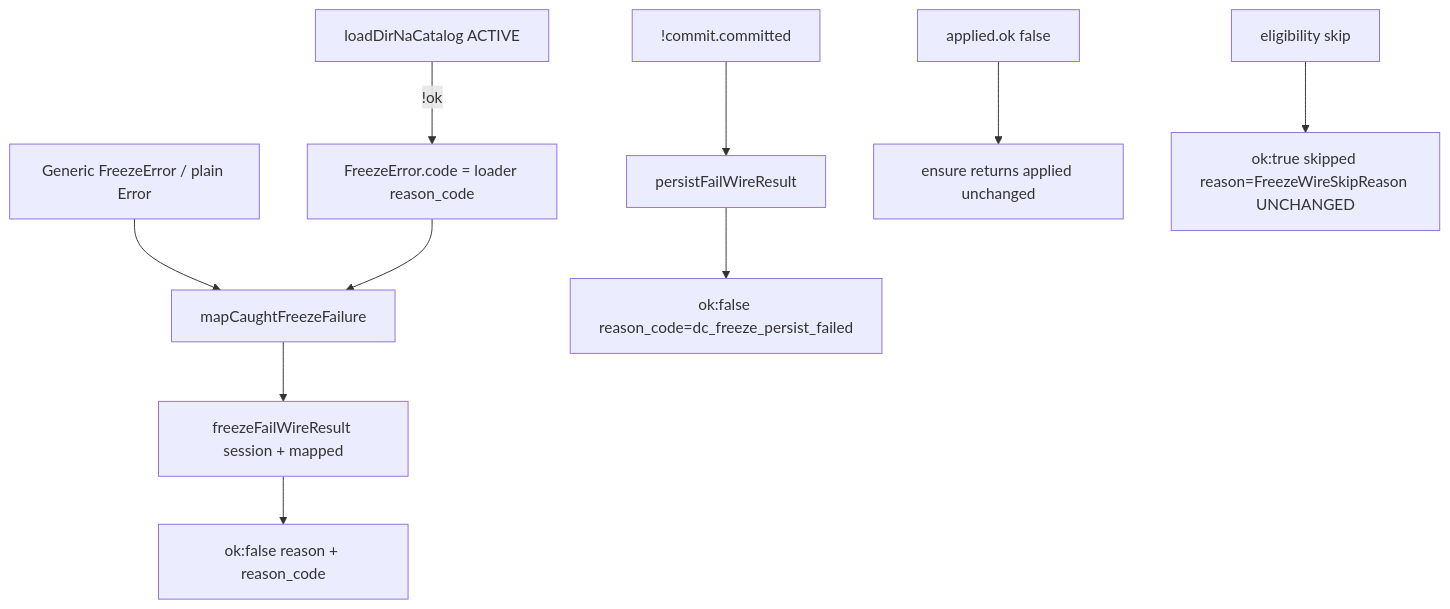
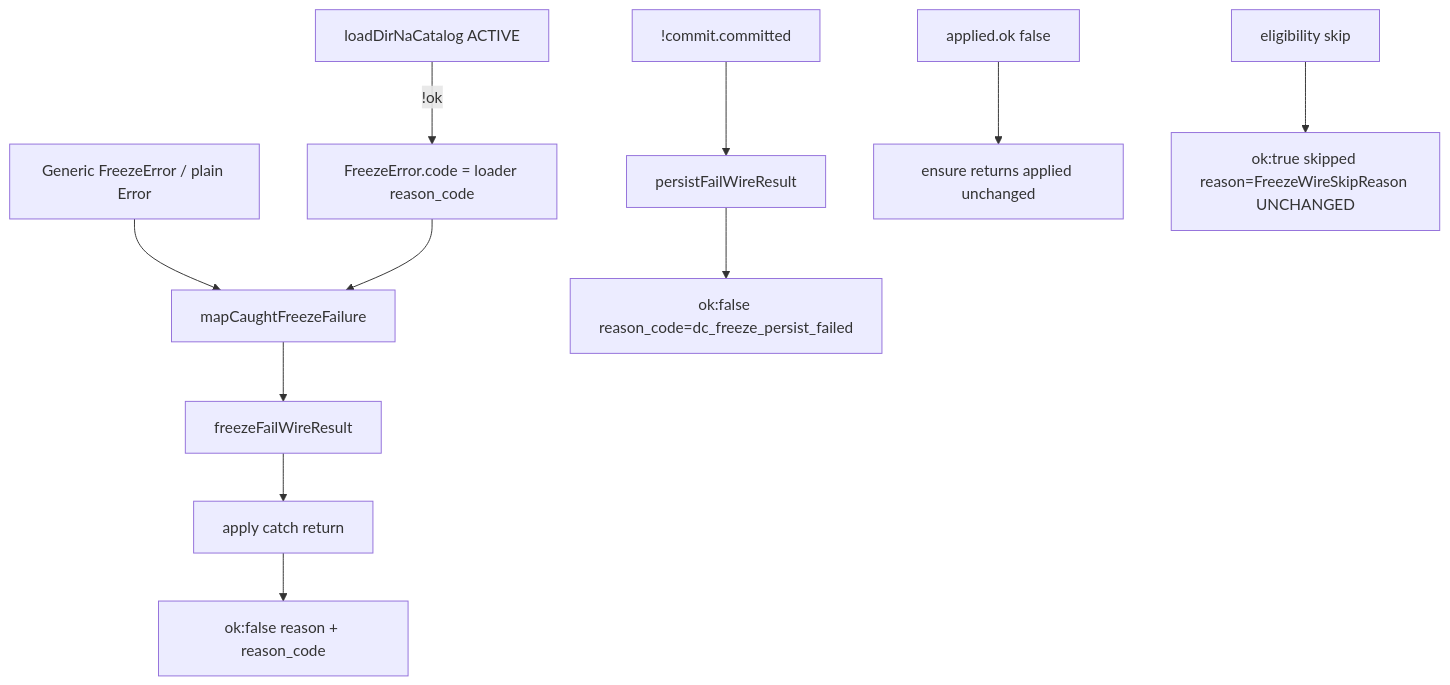
The second of 2 diagrams in docs/eastern-os/decision-intake-2.0/STAGE-3.2-S3-IMPLEMENTATION-PLAN.md (Mattchen217/POJU), drawn with Mermaid before and after one commit. The commit also changed other lines of this file, not shown here.

````diff
--- a/docs/eastern-os/decision-intake-2.0/STAGE-3.2-S3-IMPLEMENTATION-PLAN.md
+++ b/docs/eastern-os/decision-intake-2.0/STAGE-3.2-S3-IMPLEMENTATION-PLAN.md
@@ -144,12 +151,13 @@
 ```mermaid
 flowchart TD
   load["loadDirNaCatalog ACTIVE"] -->|!ok| fe["FreezeError.code = loader reason_code"]
   gate["Generic FreezeError / plain Error"] --> map
   fe --> map["mapCaughtFreezeFailure"]
-  map --> failHelper["freezeFailWireResult session + mapped"]
-  failHelper --> wire["ok:false reason + reason_code"]
+  map --> failHelper["freezeFailWireResult"]
+  failHelper --> catchRet["apply catch return"]
+  catchRet --> wire["ok:false reason + reason_code"]
   persistFail["!commit.committed"] --> persistHelper["persistFailWireResult"]
   persistHelper --> wireP["ok:false reason_code=dc_freeze_persist_failed"]
   applyFail["applied.ok false"] --> ensurePass["ensure returns applied unchanged"]
   skip["eligibility skip"] --> skipOk["ok:true skipped reason=FreezeWireSkipReason UNCHANGED"]
 ```
````
